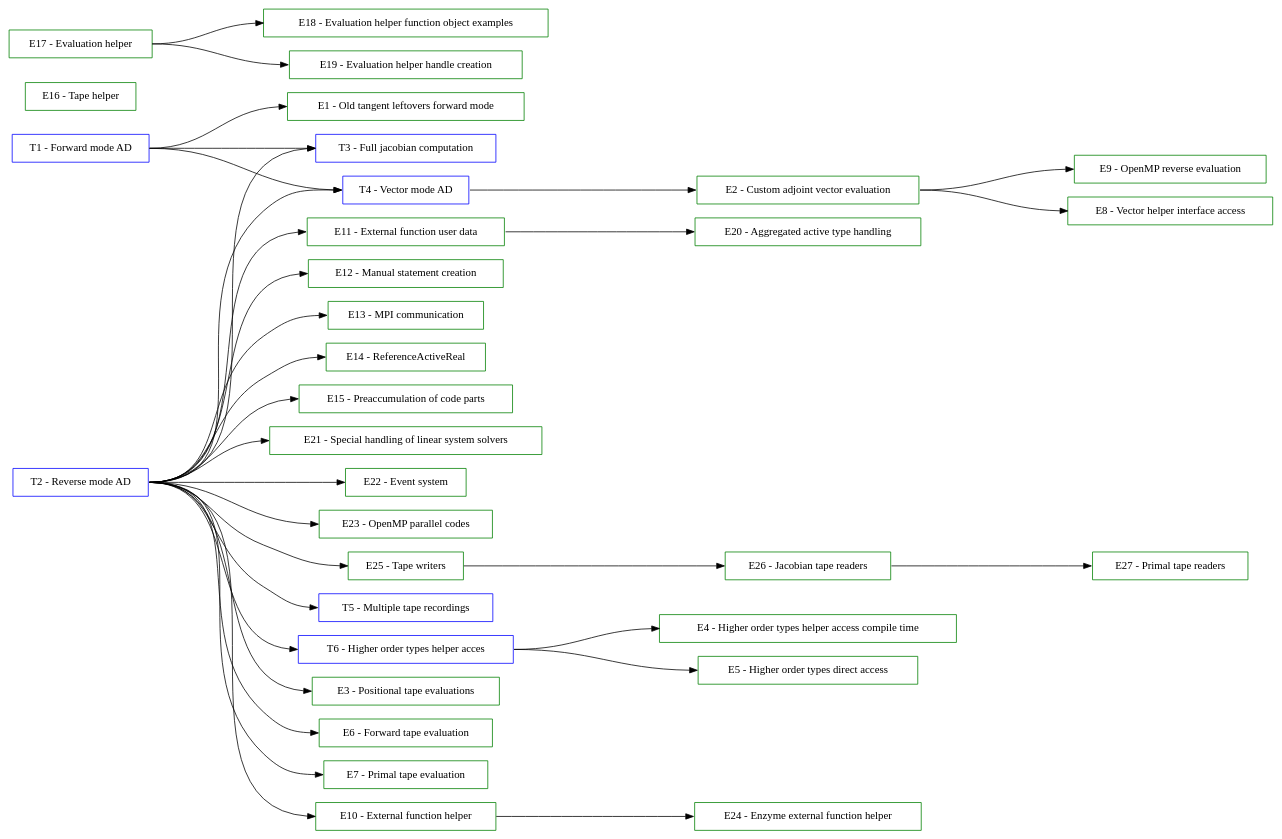
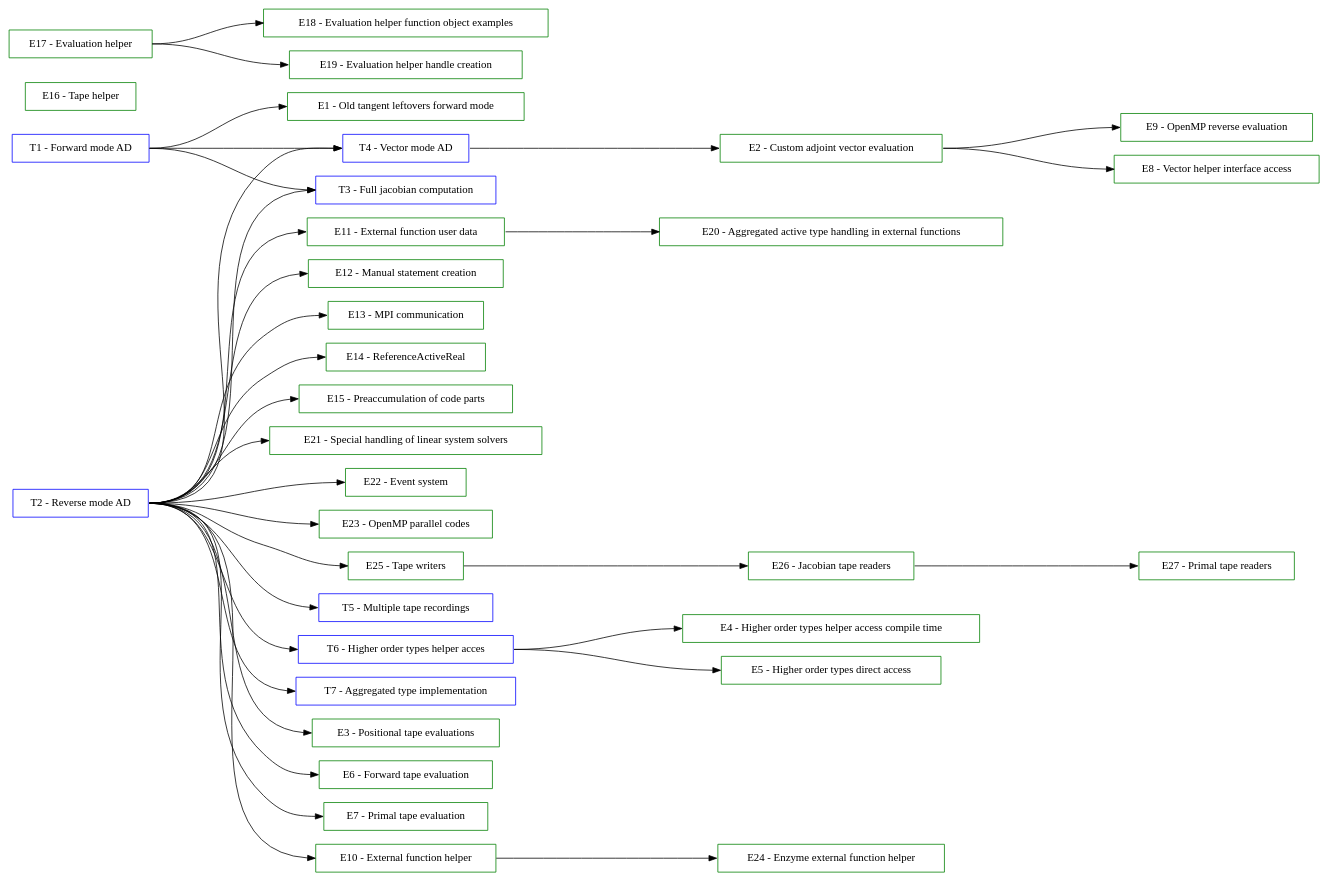
Before and after one commit to SciCompKL/CoDiPack: the diagram in documentation/user/TutorialsGraph.dot, drawn with Graphviz. The commit also changed 89 other files, not shown here.

```diff
--- a/documentation/user/TutorialsGraph.dot
+++ b/documentation/user/TutorialsGraph.dot
@@ -1,107 +1,110 @@
 digraph Tutorials {
   rankdir=LR;
   ranksep=2;
 
   // Tutorial nodes
   node [shape=box color=blue];
   T01 [label="T1 - Forward mode AD"];
 
   T02 [label="T2 - Reverse mode AD"];
 
   T03 [label="T3 - Full jacobian computation"];
 
   T04 [label="T4 - Vector mode AD"];
 
   T05 [label="T5 - Multiple tape recordings"];
 
   T06 [label="T6 - Higher order types helper acces"];
+
+  T07 [label="T7 - Aggregated type implementation"];
 
   // Example nodes
   node [shape=box color=green];
   E01 [label="E1 - Old tangent leftovers forward mode"];
 
   E02 [label="E2 - Custom adjoint vector evaluation"];
 
   E03 [label="E3 - Positional tape evaluations"];
 
   E04 [label="E4 - Higher order types helper access compile time"];
 
   E05 [label="E5 - Higher order types direct access"];
 
   E06 [label="E6 - Forward tape evaluation"];
 
   E07 [label="E7 - Primal tape evaluation"];
 
   E08 [label="E8 - Vector helper interface access"];
 
   E09 [label="E9 - OpenMP reverse evaluation"];
 
   E10 [label="E10 - External function helper"];
 
   E11 [label="E11 - External function user data"];
 
   E12 [label="E12 - Manual statement creation"];
 
   E13 [label="E13 - MPI communication"];
 
   E14 [label="E14 - ReferenceActiveReal"];
 
   E15 [label="E15 - Preaccumulation of code parts"];
 
   E16 [label="E16 - Tape helper"];
 
   E17 [label="E17 - Evaluation helper"];
 
   E18 [label="E18 - Evaluation helper function object examples"];
 
   E19 [label="E19 - Evaluation helper handle creation"];
 
-  E20 [label="E20 - Aggregated active type handling"];
+  E20 [label="E20 - Aggregated active type handling in external functions"];
 
   E21 [label="E21 - Special handling of linear system solvers"];
 
   E22 [label="E22 - Event system"];
 
   E23 [label="E23 - OpenMP parallel codes"];
 
   E24 [label="E24 - Enzyme external function helper"];
 
   E25 [label="E25 - Tape writers"];
 
   E26 [label="E26 - Jacobian tape readers"];
 
   E27 [label="E27 - Primal tape readers"];
 
   // Edges (sorted)
   E02:e -> E08:w;
   E02:e -> E09:w;
   E10:e -> E24:w;
   E11:e -> E20:w;
   E17:e -> E18:w;
   E17:e -> E19:w;
   E25:e -> E26:w;
   E26:e -> E27:w;
   T01:e -> E01:w;
   T01:e -> T03:w;
   T01:e -> T04:w;
   T02:e -> E03:w;
   T02:e -> E06:w;
   T02:e -> E07:w;
   T02:e -> E10:w;
   T02:e -> E11:w;
   T02:e -> E12:w;
   T02:e -> E13:w;
   T02:e -> E14:w;
   T02:e -> E15:w;
   T02:e -> E21:w;
   T02:e -> E22:w;
   T02:e -> E23:w;
   T02:e -> E25:w;
   T02:e -> T03:w;
   T02:e -> T04:w;
   T02:e -> T05:w;
   T02:e -> T06:w;
+  T02:e -> T07:w;
   T04:e -> E02:w;
   T06:e -> E04:w;
   T06:e -> E05:w;
 }
```
